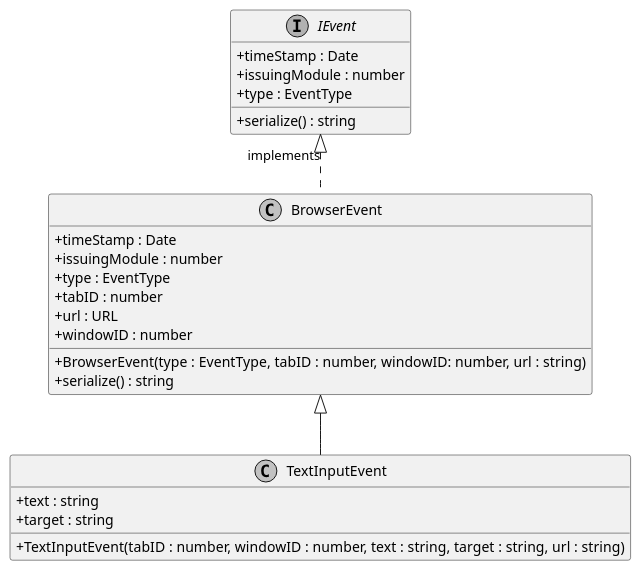
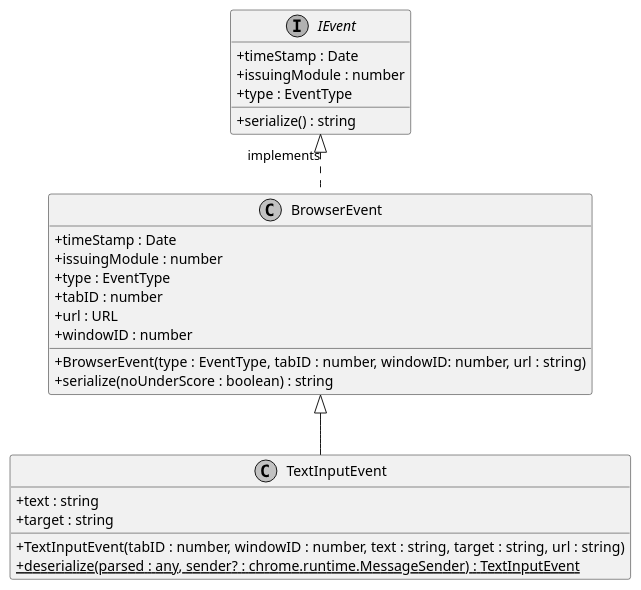
Before and after one commit to insightmind/MORR: the diagram in documents/sd/plantuml/application/BrowserExtension/Listeners/TextInputEvent.puml, drawn with PlantUML. The commit also changed 21 other files, not shown here.

```diff
--- a/documents/sd/plantuml/application/BrowserExtension/Listeners/TextInputEvent.puml
+++ b/documents/sd/plantuml/application/BrowserExtension/Listeners/TextInputEvent.puml
@@ -1,28 +1,29 @@
 @startuml
 skinparam linetype ortho
 skinparam monochrome true
 skinparam classAttributeIconSize 0
 class TextInputEvent extends BrowserEvent {
     + text : string
     + target : string
     + TextInputEvent(tabID : number, windowID : number, text : string, target : string, url : string)
+    + {static} deserialize(parsed : any, sender? : chrome.runtime.MessageSender) : TextInputEvent
 }
 interface IEvent {
     + timeStamp : Date
     + issuingModule : number
     + type : EventType
     + serialize() : string
 }
 
 IEvent <|.DOWN. BrowserEvent : implements
 class BrowserEvent {
     + BrowserEvent(type : EventType, tabID : number, windowID: number, url : string)
     + timeStamp : Date
     + issuingModule : number
     + type : EventType
-    + serialize() : string
     + tabID : number
     + url : URL
     + windowID : number
+    + serialize(noUnderScore : boolean) : string
 }
 @enduml
```
